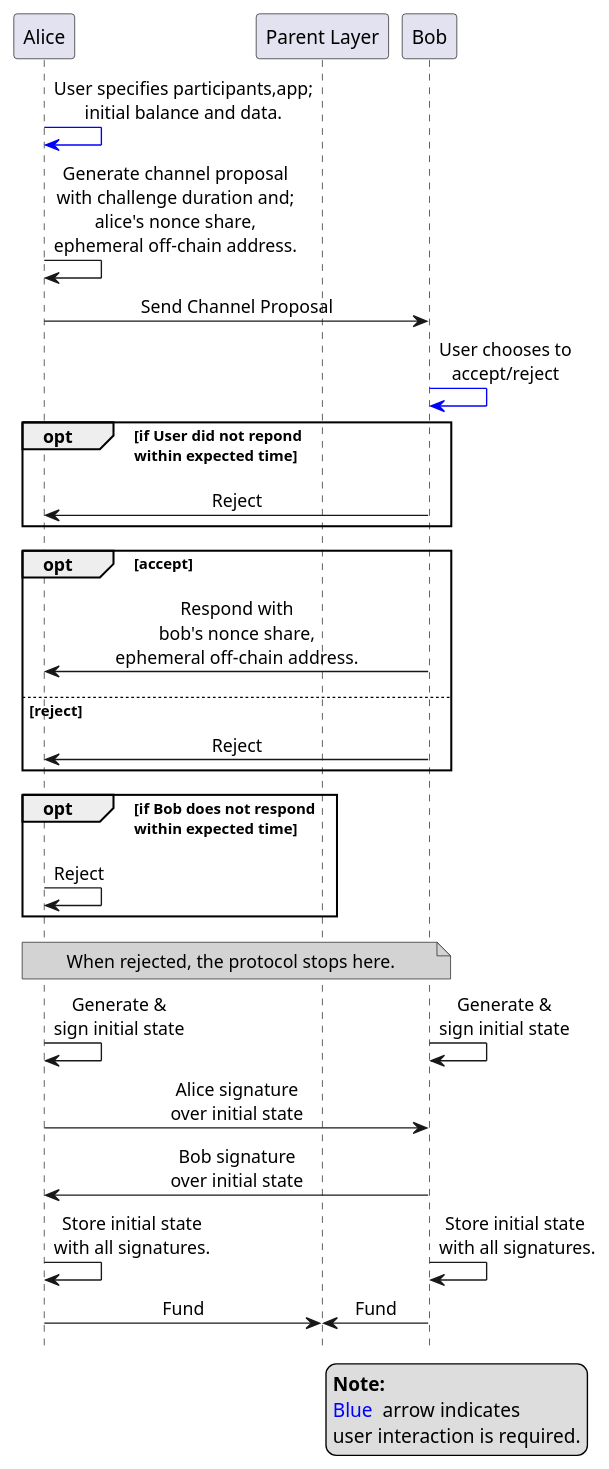
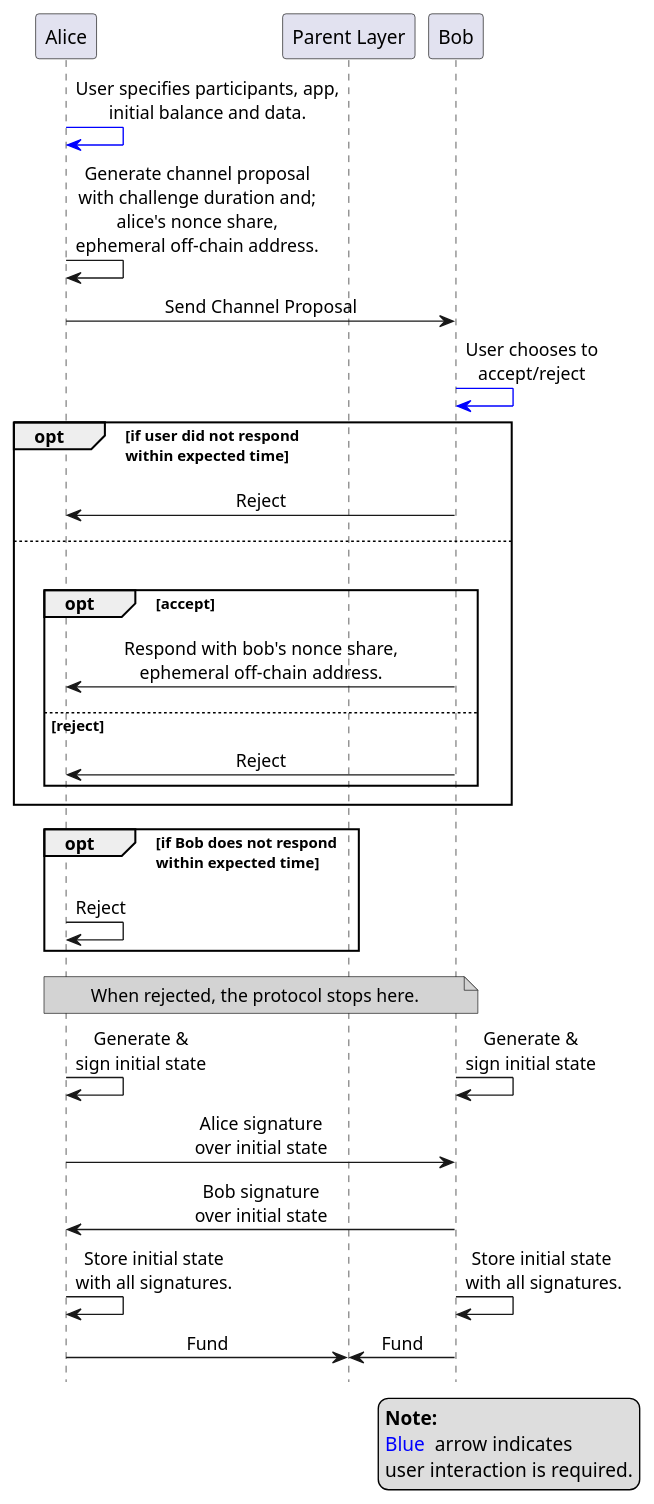
Before and after one commit to hyperledger-labs/perun-doc: the diagram in source/images/concepts/open_generic.plantuml, drawn with PlantUML. The commit also changed 32 other files, not shown here.

```diff
--- a/source/images/concepts/open_generic.plantuml
+++ b/source/images/concepts/open_generic.plantuml
@@ -4,48 +4,49 @@
 @startuml open_generic
 !pragma teoz true
 hide footbox
 skinparam SequenceMessageAlign center
 
 participant "Alice" as alice
 participant "Parent Layer" as parentLayer
 participant "Bob" as bob
 
-alice -[#blue]> alice: User specifies participants,app;\ninitial balance and data.
+alice -[#blue]> alice: User specifies participants, app,\ninitial balance and data.
 alice -> alice: Generate channel proposal\nwith challenge duration and;\nalice's nonce share,\nephemeral off-chain address.
 alice -> bob: Send Channel Proposal
 bob -[#blue]> bob: User chooses to\naccept/reject
-opt if User did not repond\nwithin expected time
+opt if user did not respond\nwithin expected time
+alice <- bob: Reject
+else
+|||
+opt accept
+alice <- bob: Respond with bob's nonce share,\nephemeral off-chain address.
+else reject
 alice <- bob: Reject
 end
-
-opt accept
-alice <- bob: Respond with\nbob's nonce share,\nephemeral off-chain address.
-else reject
-alice <- bob: Reject
 end
 
 opt if Bob does not respond\nwithin expected time
 alice -> alice: Reject
 end
 
 note over alice, bob #LightGray
 When rejected, the protocol stops here.
 end note
 
 alice -> alice: Generate &\nsign initial state
 & bob -> bob: Generate &\nsign initial state
 alice -> bob: Alice signature\nover initial state
 alice <- bob: Bob signature\nover initial state
 bob -> bob: Store initial state \nwith all signatures.
 & alice -> alice: Store initial state\nwith all signatures.
 
 alice -> parentLayer: Fund
 & bob -> parentLayer: Fund
 
 legend bottom right
 <b>Note:</b>
 <color:blue>Blue </color> arrow indicates
 user interaction is required.
 endlegend
 
 @enduml
```
